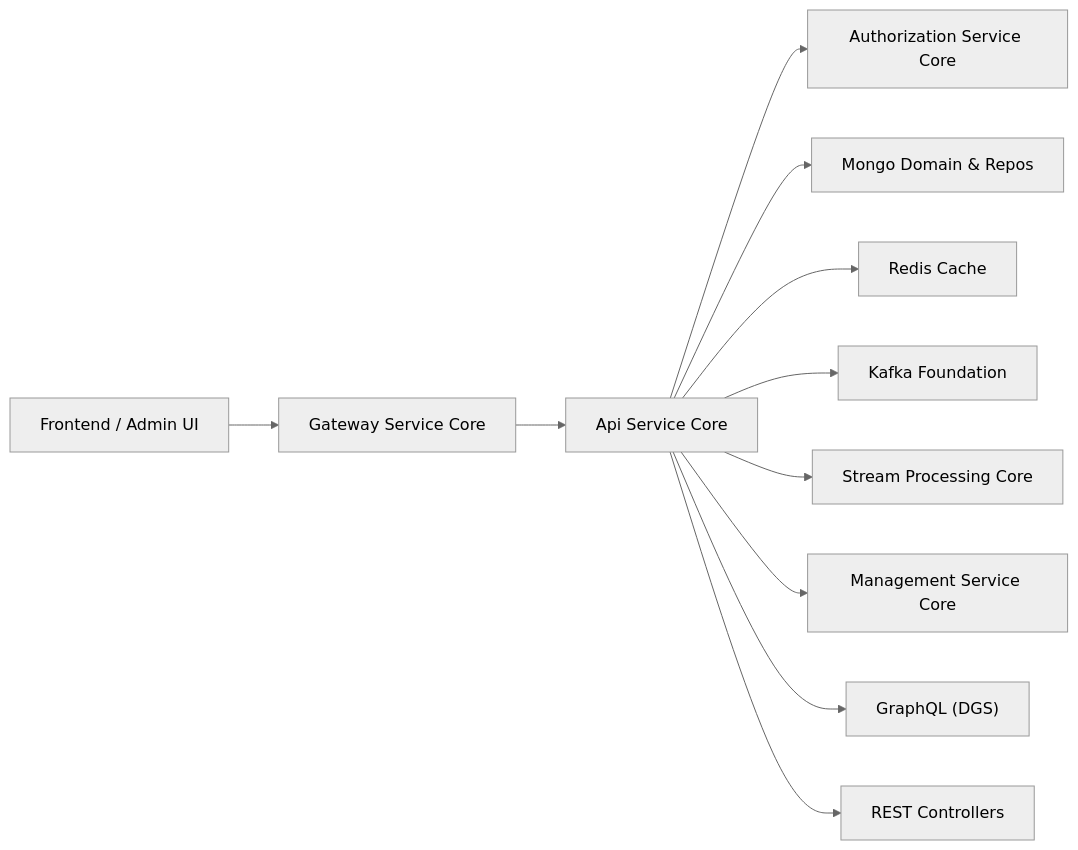
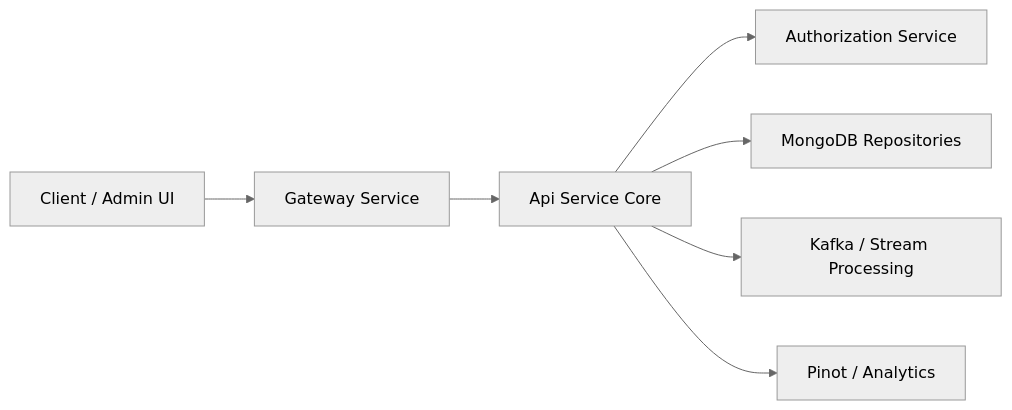
The first of 4 diagrams in docs/reference/architecture/api-service-core/api-service-core.md (flamingo-stack/openframe-oss-lib), drawn with Mermaid (neutral theme) before and after one commit. The commit also changed other lines of this file and 172 other files, not shown here.

````diff
--- a/docs/reference/architecture/api-service-core/api-service-core.md
+++ b/docs/reference/architecture/api-service-core/api-service-core.md
@@ -30,15 +37,9 @@
 ```mermaid
 flowchart LR
-    Client["Frontend / Admin UI"] --> Gateway["Gateway Service Core"]
-    Gateway --> ApiCore["Api Service Core"]
-
-    ApiCore --> Authz["Authorization Service Core"]
-    ApiCore --> Mongo["Mongo Domain & Repos"]
-    ApiCore --> Redis["Redis Cache"]
-    ApiCore --> Kafka["Kafka Foundation"]
-    ApiCore --> Stream["Stream Processing Core"]
-    ApiCore --> Mgmt["Management Service Core"]
-
-    ApiCore --> GraphQL["GraphQL (DGS)"]
-    ApiCore --> REST["REST Controllers"]
+    Client["Client / Admin UI"] --> Gateway["Gateway Service"]
+    Gateway --> ApiService["Api Service Core"]
+    ApiService --> AuthService["Authorization Service"]
+    ApiService --> MongoDB["MongoDB Repositories"]
+    ApiService --> Kafka["Kafka / Stream Processing"]
+    ApiService --> Pinot["Pinot / Analytics"]
 ```
````
